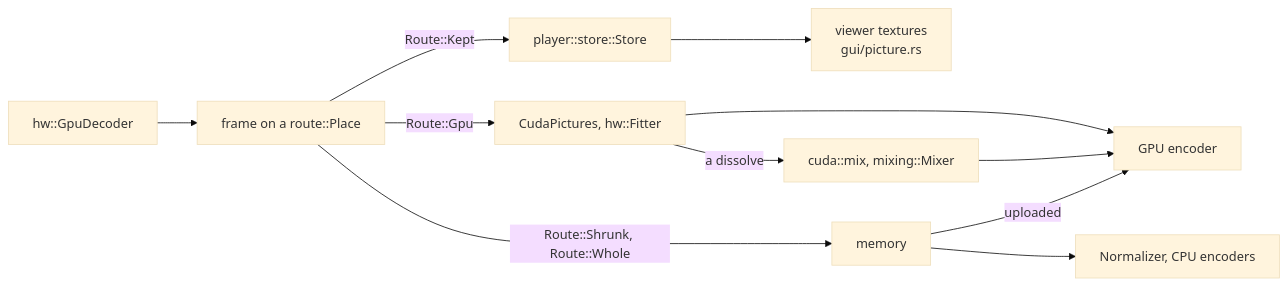
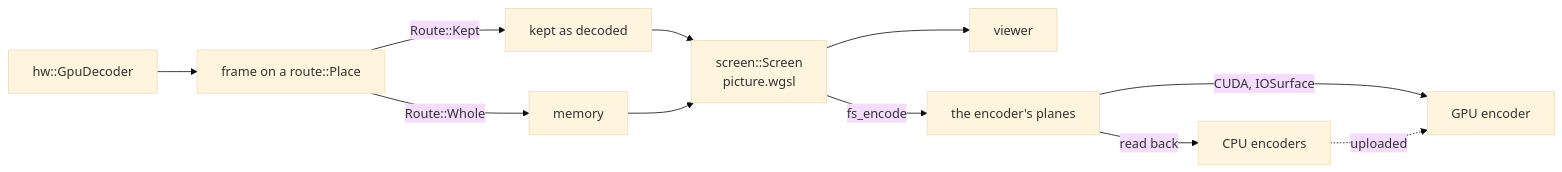
Before and after one commit to oittaa/vidcut: the diagram in docs/design/gpu.md, drawn with Mermaid (base theme). The commit also changed other lines of this file and 102 other files, not shown here.

````diff
--- a/docs/design/gpu.md
+++ b/docs/design/gpu.md
@@ -8,13 +8,13 @@
 ```mermaid
 flowchart LR
   dec["hw::GpuDecoder"] --> frame["frame on a route::Place"]
-  frame -->|"Route::Kept"| store["player::store::Store"]
-  store --> shown["viewer textures<br>gui/picture.rs"]
-  frame -->|"Route::Gpu"| fitted["CudaPictures, hw::Fitter"]
-  fitted -->|"a dissolve"| mixed["cuda::mix, mixing::Mixer"]
-  fitted --> genc["GPU encoder"]
-  mixed --> genc
-  frame -->|"Route::Shrunk, Route::Whole"| mem["memory"]
-  mem --> cpu["Normalizer, CPU encoders"]
-  mem -->|"uploaded"| genc
+  frame -->|"Route::Kept"| kept["kept as decoded"]
+  frame -->|"Route::Whole"| mem["memory"]
+  kept --> screen["screen::Screen<br>picture.wgsl"]
+  mem --> screen
+  screen --> shown["viewer"]
+  screen -->|"fs_encode"| planes["the encoder's planes"]
+  planes -->|"CUDA, IOSurface"| genc["GPU encoder"]
+  planes -->|"read back"| cpu["CPU encoders"]
+  cpu -.->|"uploaded"| genc
 ```
````
